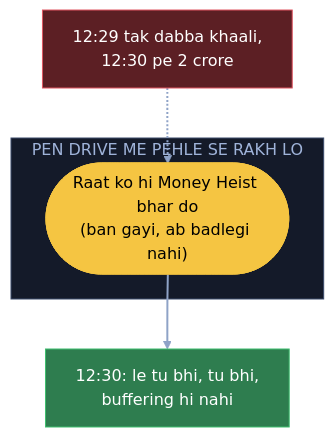
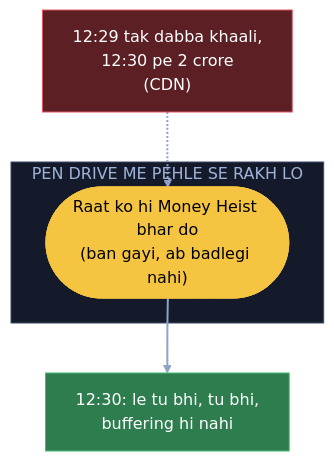
One commit to ArpanMaheshwari144/Prep changed the second of 9 diagrams in 04_HLD/SYSTEM_DESIGNS/18_netflix/18_netflix.md. Above: the diagram before and after it, drawn with Mermaid. The commit also changed other lines of this file and 22 other files, not shown here.

Commit message:
Diagram: sirf kahani ke dohraaye shabd pe bracket, us jagah notes wala matlab (207 label)

````diff
--- a/04_HLD/SYSTEM_DESIGNS/18_netflix/18_netflix.md
+++ b/04_HLD/SYSTEM_DESIGNS/18_netflix/18_netflix.md
@@ -100,16 +100,16 @@
 ```mermaid
 flowchart TB
-    X["12:29 tak dabba khaali,<br/>12:30 pe 2 crore"]:::bad
+    X["12:29 tak dabba khaali,<br/>12:30 pe 2 crore<br/>(CDN)"]:::bad
     subgraph PD["PEN DRIVE ME PEHLE SE RAKH LO"]
         B(["Raat ko hi Money Heist bhar do<br/>(ban gayi, ab badlegi nahi)"]):::pill
     end
     R["12:30: le tu bhi, tu bhi,<br/>buffering hi nahi"]:::good
     X -.-> B
     B --> R
     linkStyle default stroke:#8fa3c7,stroke-width:2px
     classDef card fill:#1e2638,stroke:#3a4a6b,color:#e8ecf5
     classDef pill fill:#f5c542,stroke:#f5c542,color:#000
     classDef good fill:#2e7d4f,stroke:#3fbf6f,color:#fff
     classDef bad fill:#5c1f24,stroke:#e05561,color:#fff
     style PD fill:#141a29,stroke:#3a4a6b,color:#9fb3d9
 ```
````
